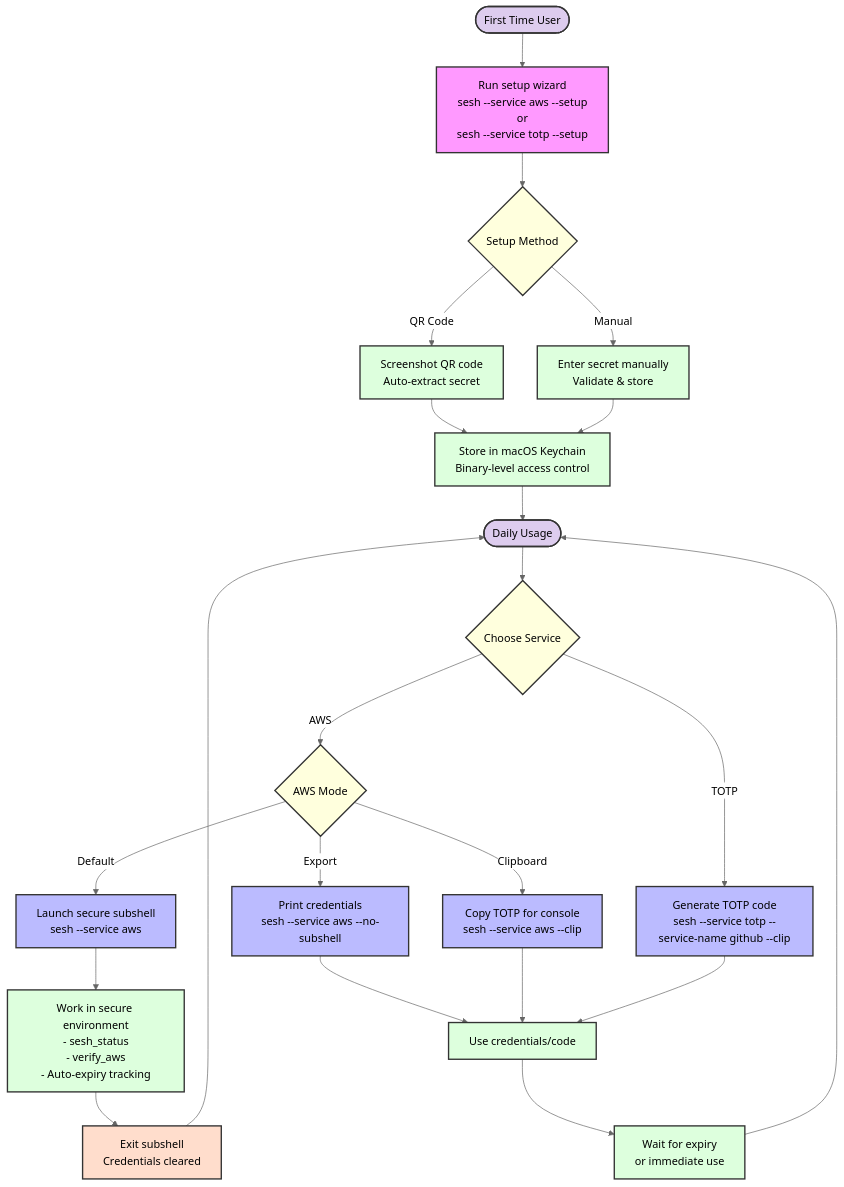
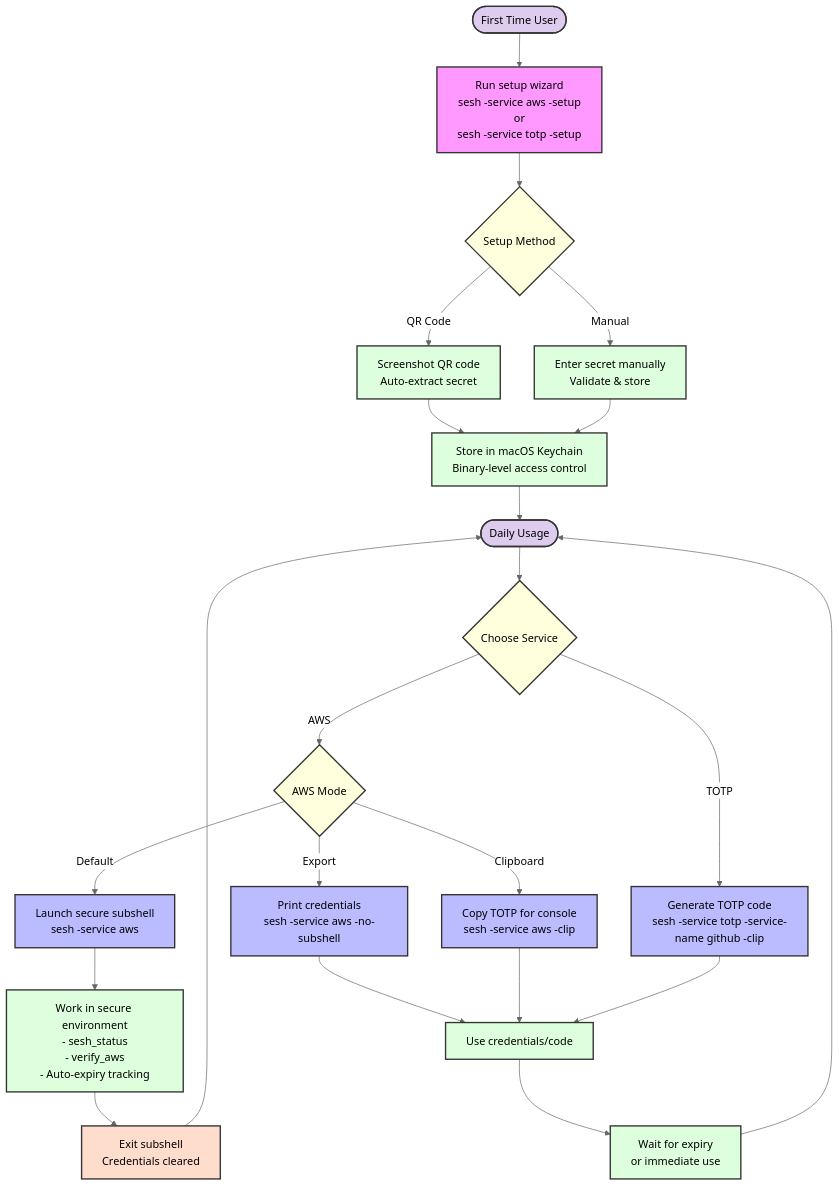
One commit to bashhack/sesh changed the diagram in docs/assets/workflow-overview.mermaid. Above: the diagram before and after it, drawn with Mermaid. The commit also changed 3 other files, not shown here.

```diff
--- a/docs/assets/workflow-overview.mermaid
+++ b/docs/assets/workflow-overview.mermaid
@@ -1,40 +1,40 @@
 %%{init: {'theme': 'neutral'}}%%
 flowchart TD
     classDef start fill:#dce,stroke:#333,stroke-width:2px
     classDef process fill:#dfd,stroke:#333,stroke-width:2px
     classDef decision fill:#ffd,stroke:#333,stroke-width:2px
     classDef endNode fill:#fdc,stroke:#333,stroke-width:2px
     classDef sesh fill:#bbf,stroke:#333,stroke-width:2px
     classDef setup fill:#f9f,stroke:#333,stroke-width:2px
 
-    Start([First Time User]):::start --> Setup["Run setup wizard<br>sesh --service aws --setup<br>or<br>sesh --service totp --setup"]:::setup
+    Start([First Time User]):::start --> Setup["Run setup wizard<br>sesh -service aws -setup<br>or<br>sesh -service totp -setup"]:::setup
     
     Setup --> SetupChoice{"Setup Method"}:::decision
     SetupChoice -->|"QR Code"| QR["Screenshot QR code<br>Auto-extract secret"]:::process
     SetupChoice -->|"Manual"| Manual["Enter secret manually<br>Validate & store"]:::process
     
     QR --> Keychain["Store in macOS Keychain<br>Binary-level access control"]:::process
     Manual --> Keychain
     
     Keychain --> Daily([Daily Usage]):::start
     
     Daily --> Service{"Choose Service"}:::decision
     
     Service -->|"AWS"| AWSChoice{"AWS Mode"}:::decision
-    AWSChoice -->|"Default"| Subshell["Launch secure subshell<br>sesh --service aws"]:::sesh
-    AWSChoice -->|"Export"| Export["Print credentials<br>sesh --service aws --no-subshell"]:::sesh
-    AWSChoice -->|"Clipboard"| AWSClip["Copy TOTP for console<br>sesh --service aws --clip"]:::sesh
+    AWSChoice -->|"Default"| Subshell["Launch secure subshell<br>sesh -service aws"]:::sesh
+    AWSChoice -->|"Export"| Export["Print credentials<br>sesh -service aws -no-subshell"]:::sesh
+    AWSChoice -->|"Clipboard"| AWSClip["Copy TOTP for console<br>sesh -service aws -clip"]:::sesh
     
-    Service -->|"TOTP"| TOTP["Generate TOTP code<br>sesh --service totp --service-name github --clip"]:::sesh
+    Service -->|"TOTP"| TOTP["Generate TOTP code<br>sesh -service totp -service-name github -clip"]:::sesh
     
     Subshell --> Work["Work in secure environment<br>- sesh_status<br>- verify_aws<br>- Auto-expiry tracking"]:::process
     Work --> Exit["Exit subshell<br>Credentials cleared"]:::endNode
     
     Export --> Use["Use credentials/code"]:::process
     AWSClip --> Use
     TOTP --> Use
     
     Use --> Expire["Wait for expiry<br>or immediate use"]:::process
     Expire --> Daily
     
     Exit --> Daily
```
